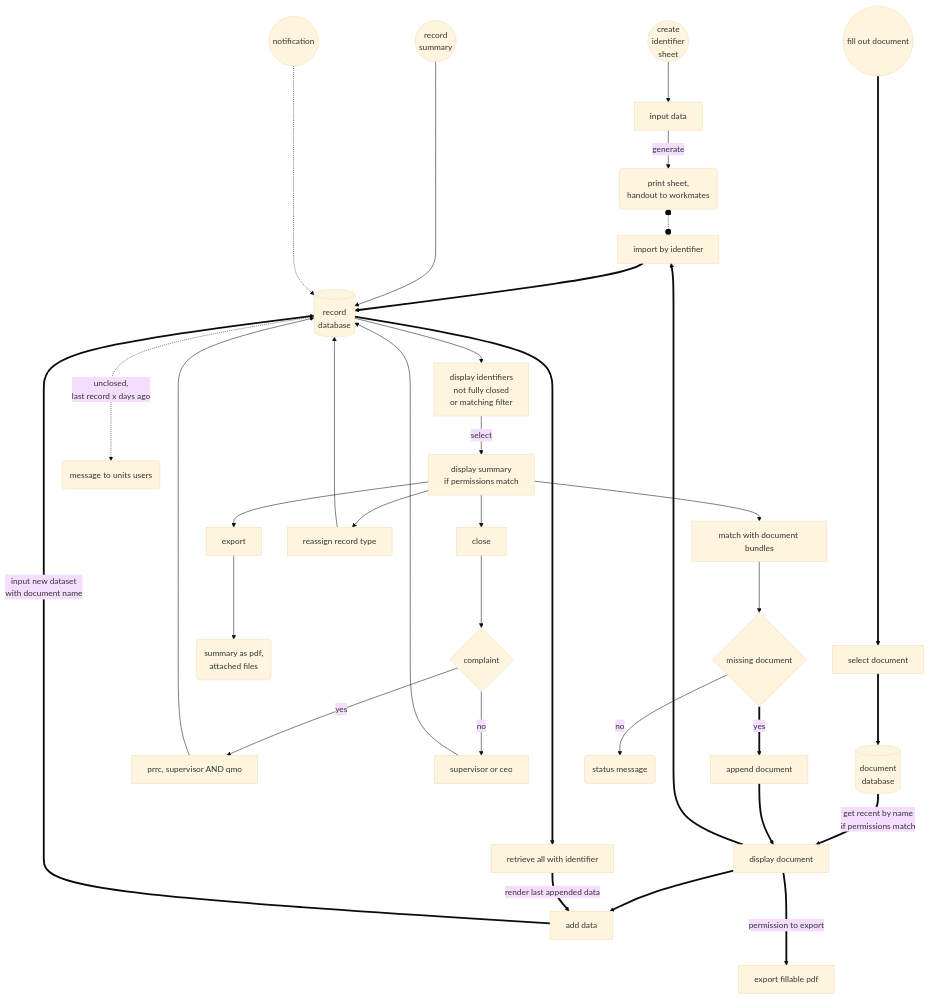
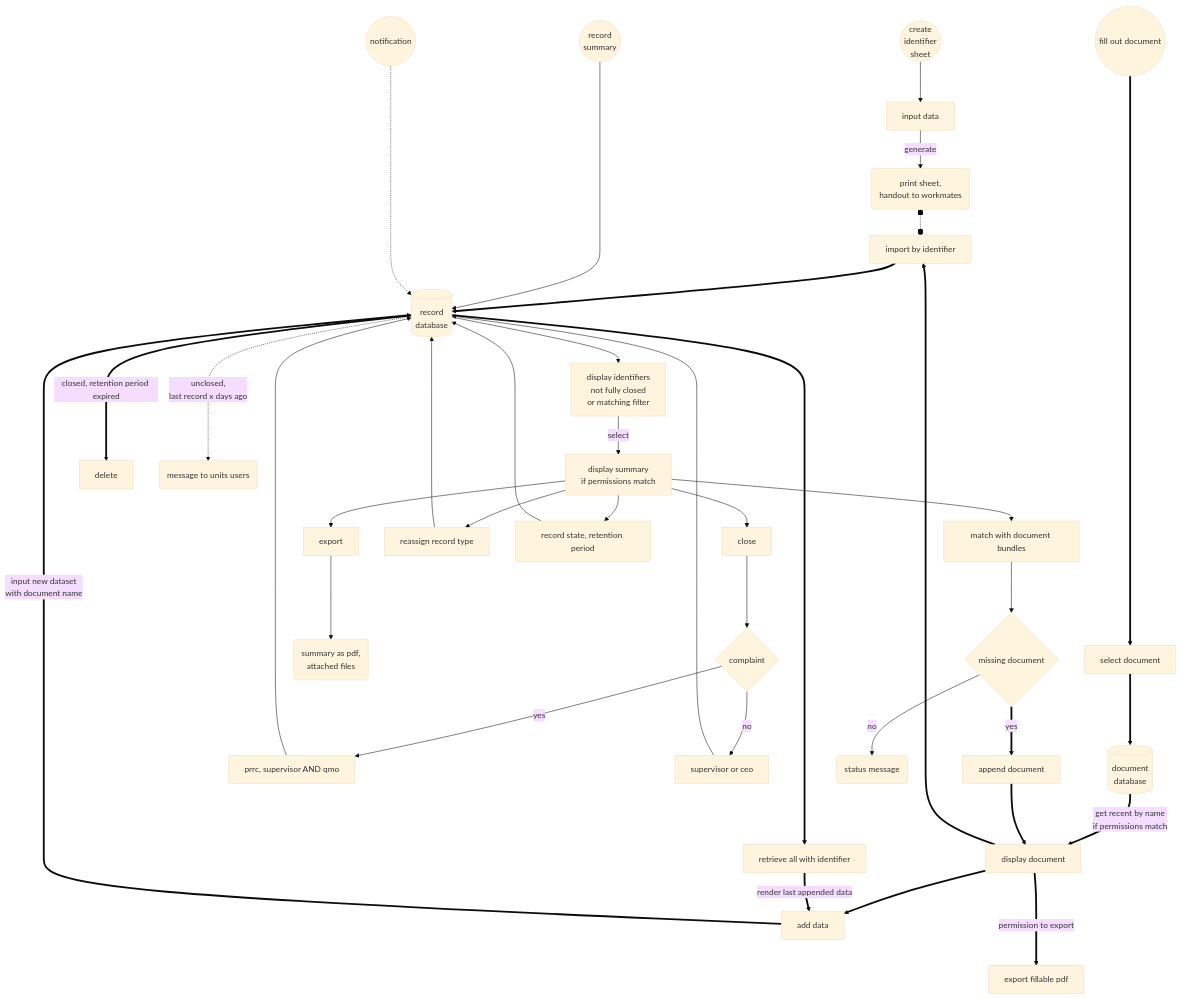
Before and after one commit to erroronline1/caro: the fifth of 11 diagrams in readme.md, drawn with Mermaid (base theme). The commit also changed other lines of this file and 1 other file, not shown here.

Commit message:
flowcharts updates

````diff
--- a/readme.md
+++ b/readme.md
@@ -602,55 +599,59 @@
 ```mermaid
 graph TD;
     identifiersheet(("create
     identifier
     sheet"));
     identifiersheet-->input[input data];
     input-->|generate|print("print sheet,
     handout to workmates");
 
     filldocument((fill out document))=========>selectdocument[select document];
     selectdocument==>document_db[("document
     database")];
     document_db==>|"get recent by name
     if permissions match"|displaydocument[display document];
     displaydocument==>inputdata[add data];
     inputdata==>|"input new dataset
     with document name"|record_db[("record
     database")];
 
     displaydocument==>idimport[import by identifier];
     idimport==>record_db;
     record_db==>selectbyid[retrieve all with identifier];
     selectbyid==>|render last appended data|inputdata;
     displaydocument===>|permission to export|exportdocument[export fillable pdf]
 
     print o-.-o idimport;
 
     summaries(("record
     summary"))----->record_db;
     record_db-->displayids["display identifiers
     not fully closed
     or matching filter"];
     displayids-->|select|summary["display summary
     if permissions match"];
     summary-->close[close];
     close-->complaint{complaint};
     complaint-->|yes|complaintclose[prrc, supervisor AND qmo];
     complaintclose-->record_db;
     complaint-->|no|nocomplaintclose[supervisor or ceo];
     nocomplaintclose-->record_db;
     summary-->export[export];
     export-->pdf("summary as pdf,
     attached files");
     summary-->matchbundles[match with document bundles];
     matchbundles-->missing{missing document};
     missing==>|yes|appenddata[append document];
     appenddata==>displaydocument;
     missing-->|no|nonemissing(status message);
     summary-->retype[reassign record type];
     retype-->record_db;
+    summary-->record_state[record state, retention period];
+    record_state-->record_db;
+
+    record_db===>|closed, retention period expired|delete;
 
     notification((notification))-....->record_db;
     record_db-..->|"unclosed,
     last record x days ago"|message(message to units users);
 ```
````
